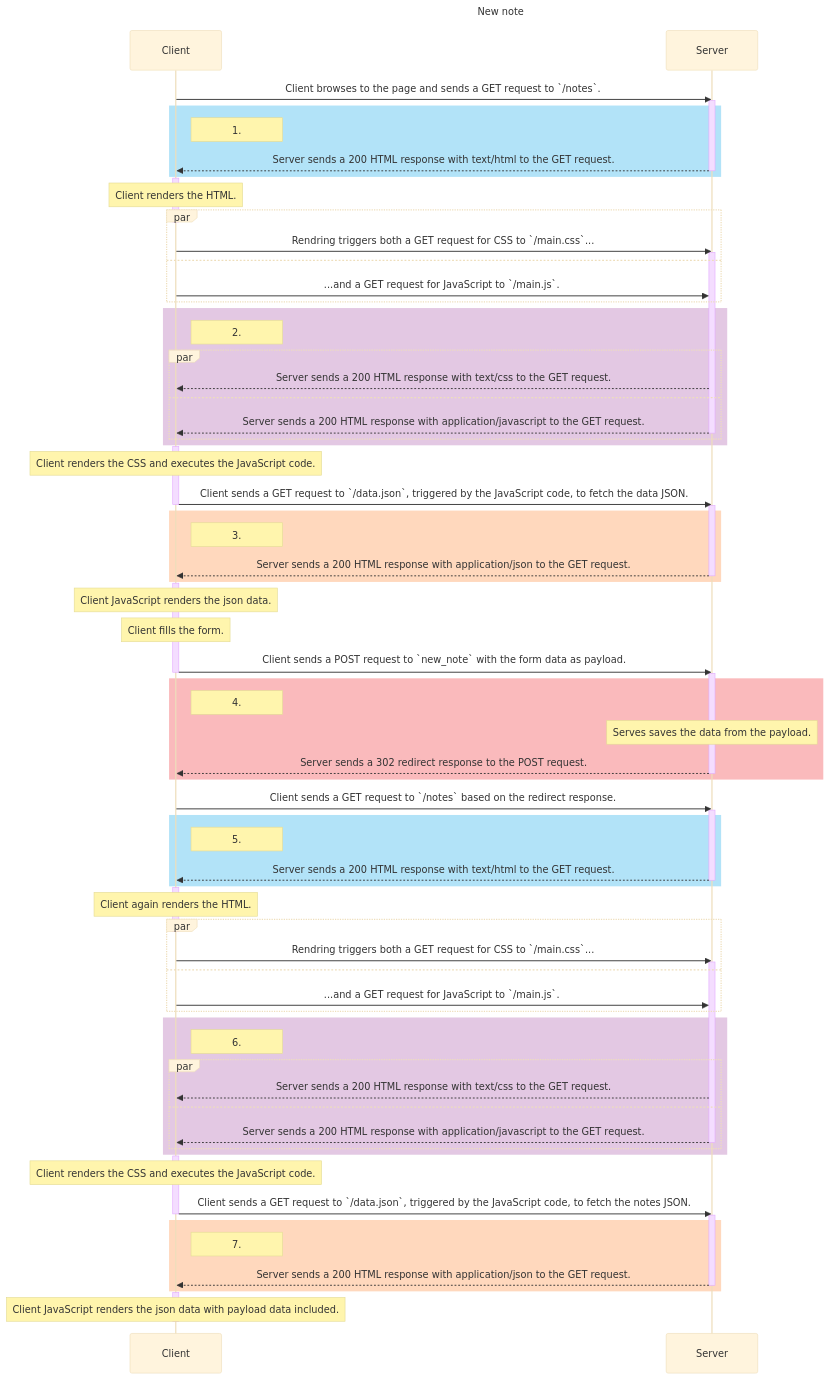
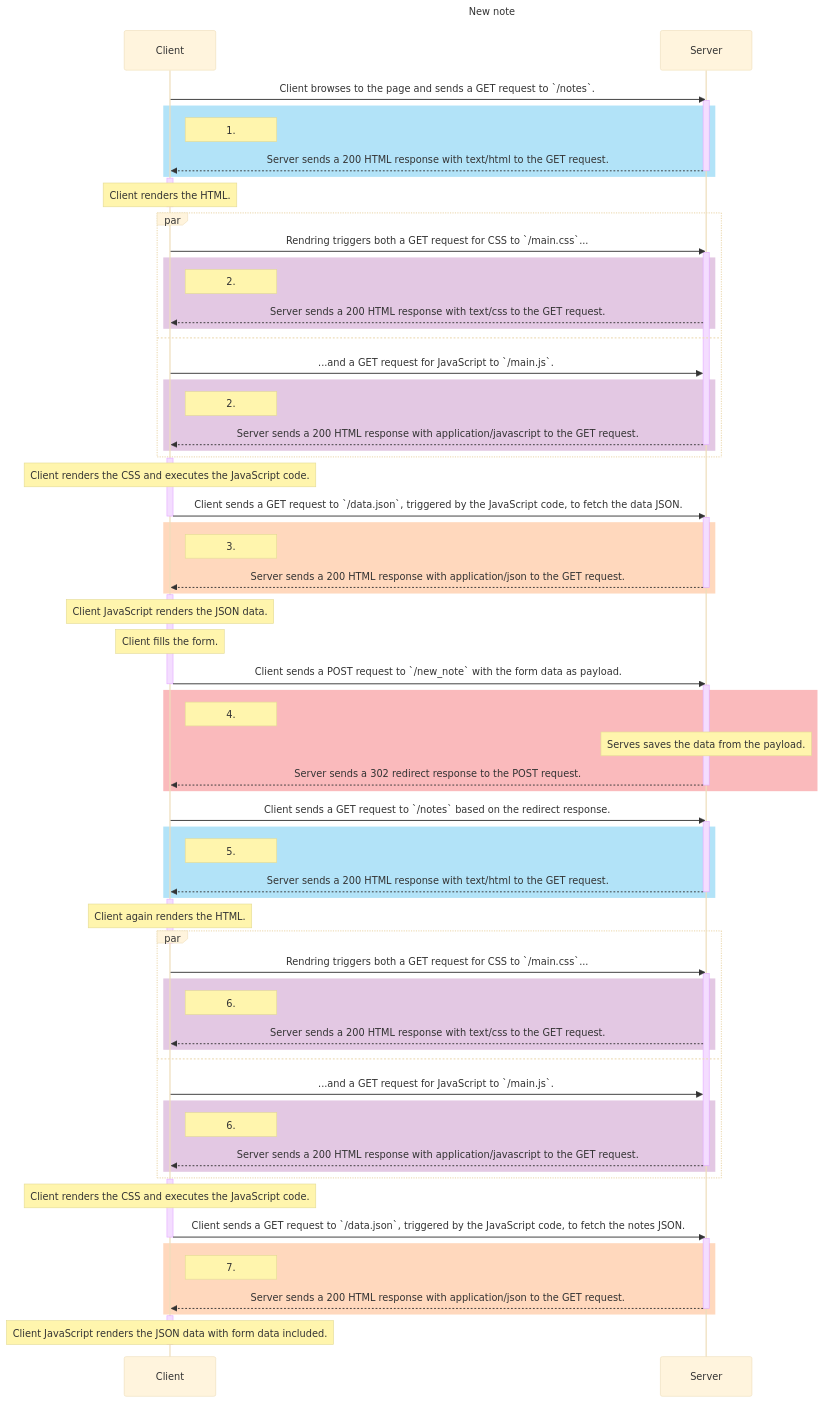
The diagram in new_note_diagram.md (degenone/FSO-part0), drawn with Mermaid (base theme) before and after one commit. The commit also changed 2 other files, not shown here.

Commit message:
final touchups to diagrams

````diff
--- a/new_note_diagram.md
+++ b/new_note_diagram.md
@@ -22,18 +22,18 @@
     end
     activate Client
     Note over Client: Client renders the HTML.
+    deactivate Client
     par
-    deactivate Client
     Client->>Server: Rendring triggers both a GET request for CSS to `/main.css`...
     activate Server
+    rect rgba(163, 73, 164, 0.3)
+    note right of Client: 2.
+    Server-->>Client: Server sends a 200 HTML response with text/css to the GET request.
+    end
     and
     Client->>Server: ...and a GET request for JavaScript to `/main.js`.
-    end
     rect rgba(163, 73, 164, 0.3)
     note right of Client: 2.
-    par
-    Server-->>Client: Server sends a 200 HTML response with text/css to the GET request.
-    and
     Server-->>Client: Server sends a 200 HTML response with application/javascript to the GET request.
     deactivate Server
     end
@@ -49,9 +49,9 @@
     deactivate Server
     end
     activate Client
-    note over Client: Client JavaScript renders the json data.
+    note over Client: Client JavaScript renders the JSON data.
     note over Client: Client fills the form.
-    Client->>Server: Client sends a POST request to `new_note` with the form data as payload.
+    Client->>Server: Client sends a POST request to `/new_note` with the form data as payload.
     deactivate Client
     activate Server
     rect rgba(237, 28, 36, 0.3)
@@ -73,14 +73,14 @@
     deactivate Client
     Client->>Server: Rendring triggers both a GET request for CSS to `/main.css`...
     activate Server
+    rect rgba(163, 73, 164, 0.3)
+    note right of Client: 6.
+    Server-->>Client: Server sends a 200 HTML response with text/css to the GET request.
+    end
     and
     Client->>Server: ...and a GET request for JavaScript to `/main.js`.
-    end
     rect rgba(163, 73, 164, 0.3)
     note right of Client: 6.
-    par
-    Server-->>Client: Server sends a 200 HTML response with text/css to the GET request.
-    and
     Server-->>Client: Server sends a 200 HTML response with application/javascript to the GET request.
     deactivate Server
     end
@@ -96,6 +96,6 @@
     deactivate Server
     end
     activate Client
-    note over Client: Client JavaScript renders the json data with payload data included.
+    note over Client: Client JavaScript renders the JSON data with form data included.
     deactivate Client
 ```
````
